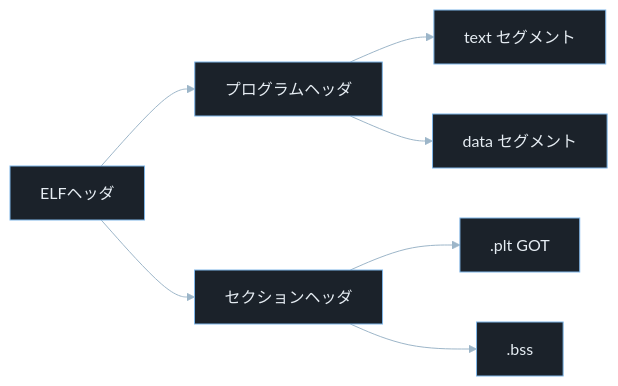
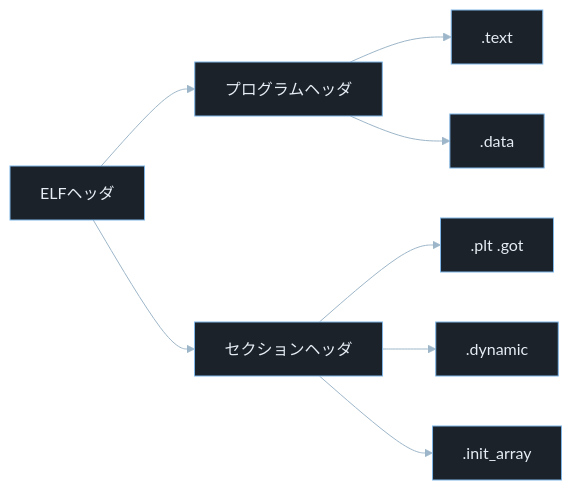
Before and after one commit to Omni-lab26/recon0x-content: the first of 2 diagrams in articles/elf-pe-format/index.md, drawn with Mermaid. The commit also changed other lines of this file and 3 other files, not shown here.

````diff
--- a/articles/elf-pe-format/index.md
+++ b/articles/elf-pe-format/index.md
@@ -69,10 +73,11 @@
 ```mermaid
 %%{init: {"theme":"base","themeVariables":{"background":"#0b1117","primaryColor":"#1b222a","primaryBorderColor":"#7fb6e8","primaryTextColor":"#e6edf3","lineColor":"#9db6c9","secondaryColor":"#111827","tertiaryColor":"#0b1117"}}}%%
 flowchart LR
     A[ELFヘッダ] --> B[プログラムヘッダ]
     A --> C[セクションヘッダ]
-    B --> D[text セグメント]
-    B --> E[data セグメント]
-    C --> F[.plt GOT]
-    C --> G[.bss]
+    B --> D[.text]
+    B --> E[.data]
+    C --> F[.plt .got]
+    C --> G[.dynamic]
+    C --> H[.init_array]
 ```
````
